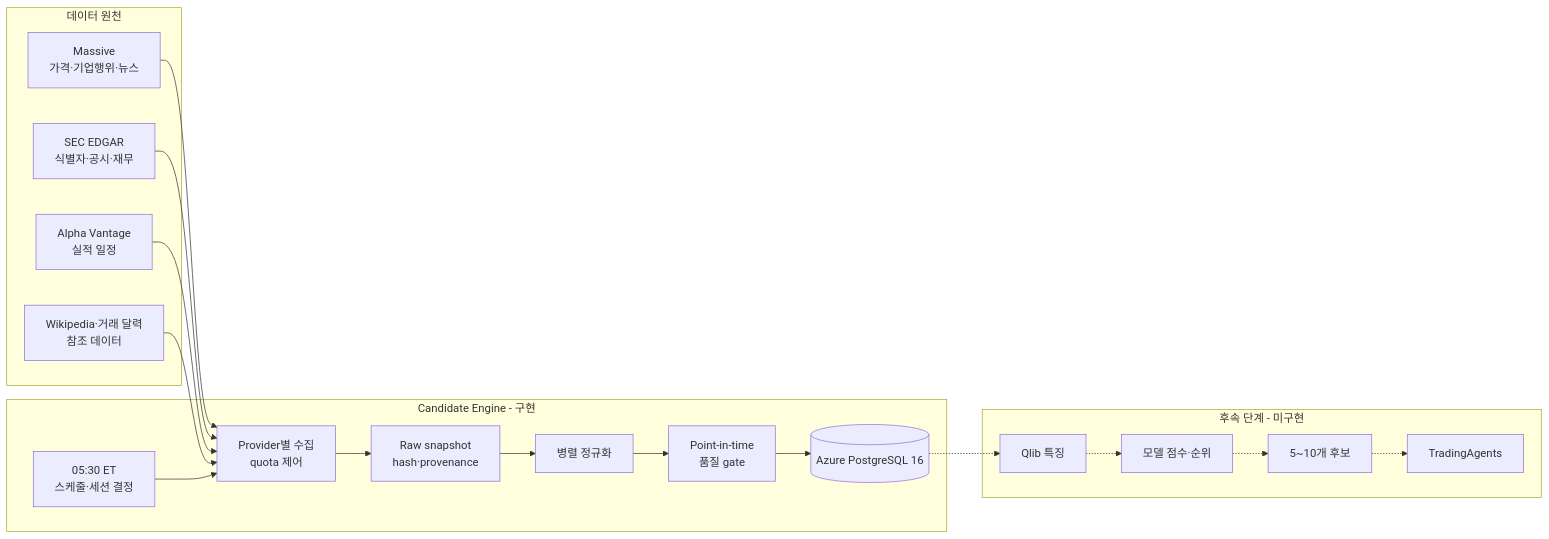
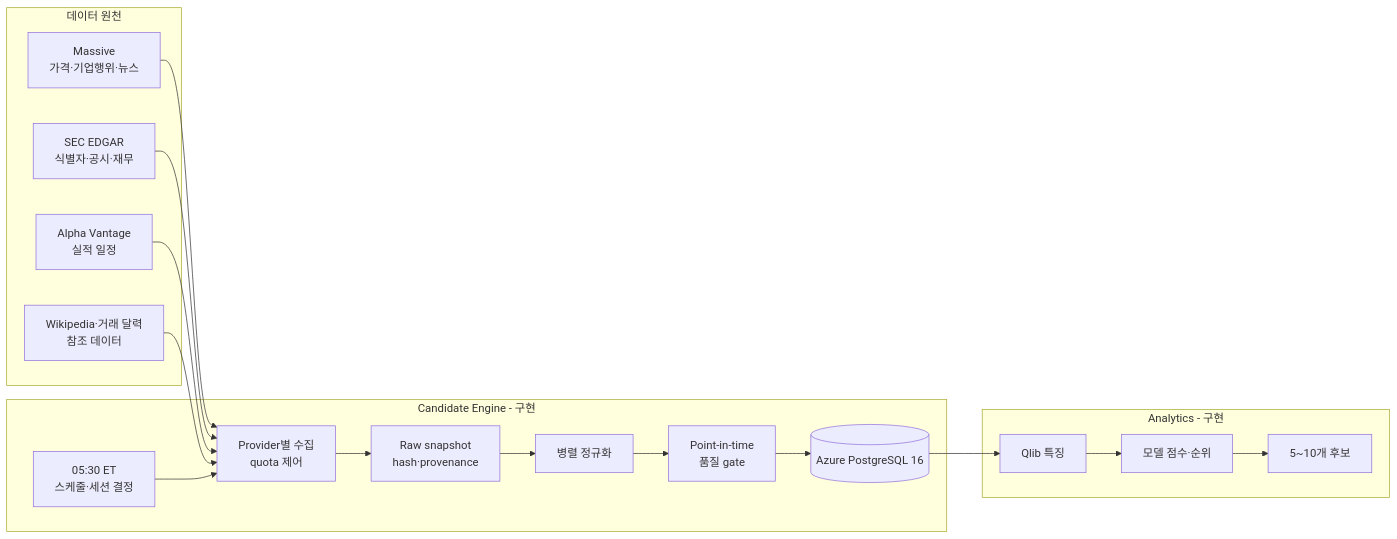
One commit to brjeong-private/sp500-candidate-engine changed the first of 3 diagrams in README.md. Above: the diagram before and after it, drawn with Mermaid. The commit also changed other lines of this file and 78 other files, not shown here.

````diff
--- a/README.md
+++ b/README.md
@@ -57,33 +66,32 @@
 ```mermaid
 flowchart LR
     subgraph Sources["데이터 원천"]
         Massive["Massive<br/>가격·기업행위·뉴스"]
         SEC["SEC EDGAR<br/>식별자·공시·재무"]
         Alpha["Alpha Vantage<br/>실적 일정"]
         Reference["Wikipedia·거래 달력<br/>참조 데이터"]
     end
 
     subgraph Engine["Candidate Engine - 구현"]
         Scheduler["05:30 ET<br/>스케줄·세션 결정"]
         Collectors["Provider별 수집<br/>quota 제어"]
         Raw["Raw snapshot<br/>hash·provenance"]
         Normalize["병렬 정규화"]
         Gates["Point-in-time<br/>품질 gate"]
         Database[("Azure PostgreSQL 16")]
     end
 
-    subgraph Planned["후속 단계 - 미구현"]
+    subgraph Analytics["Analytics - 구현"]
         Features["Qlib 특징"]
         Scores["모델 점수·순위"]
         Candidates["5~10개 후보"]
-        TradingAgents["TradingAgents"]
     end
 
     Massive --> Collectors
     SEC --> Collectors
     Alpha --> Collectors
     Reference --> Collectors
     Scheduler --> Collectors
     Collectors --> Raw --> Normalize --> Gates --> Database
-    Database -.-> Features -.-> Scores -.-> Candidates -.-> TradingAgents
+    Database --> Features --> Scores --> Candidates
 ```
````
